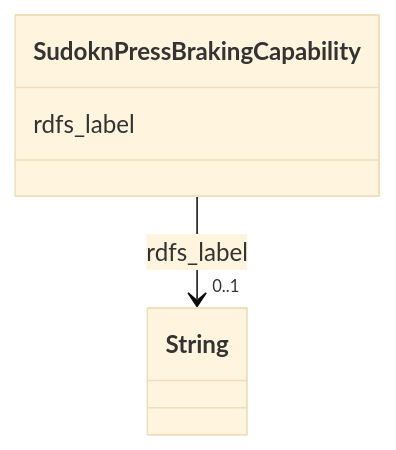
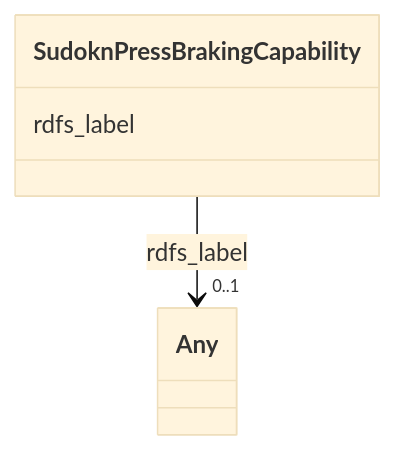
The diagram in sudokn-kg/classes/SudoknPressBrakingCapability.md (frink-okn/graph-descriptions), drawn with Mermaid (base theme) before and after one commit. The commit also changed other lines of this file and 903 other files, not shown here.

````diff
--- a/sudokn-kg/classes/SudoknPressBrakingCapability.md
+++ b/sudokn-kg/classes/SudoknPressBrakingCapability.md
@@ -23,15 +18,15 @@
 ```mermaid
  classDiagram
     class SudoknPressBrakingCapability
     click SudoknPressBrakingCapability href "../SudoknPressBrakingCapability"
       SudoknPressBrakingCapability : rdfs_label
         
           
     
     
-    SudoknPressBrakingCapability --> "0..1" String : rdfs_label
-    click String href "../String"
+    SudoknPressBrakingCapability --> "0..1" Any : rdfs_label
+    click Any href "../Any"
 
         
       
 ```
````
